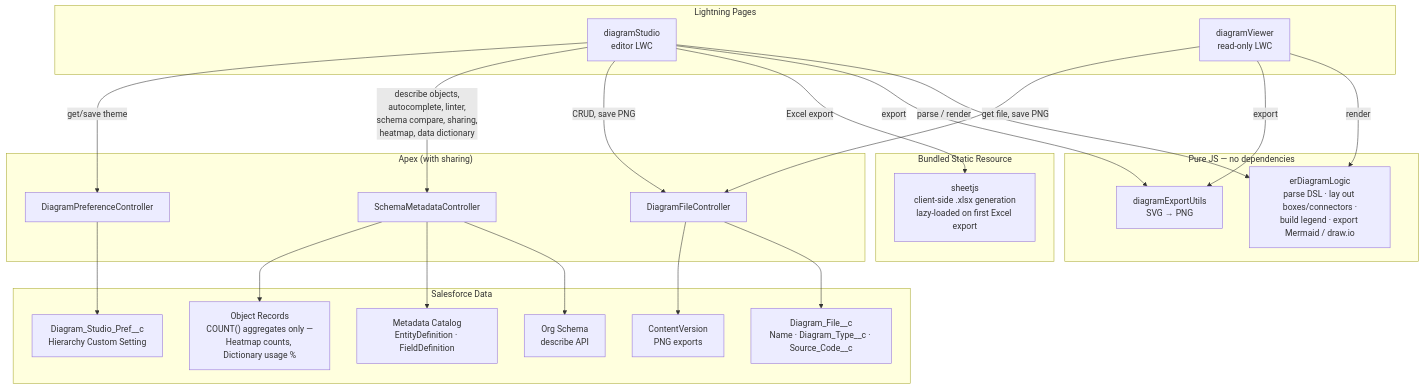
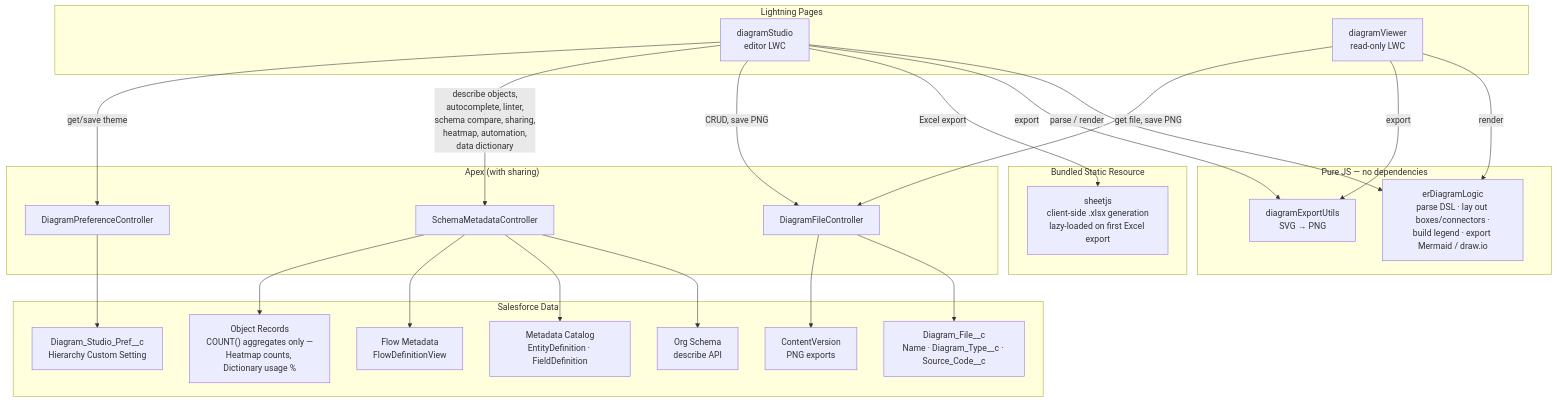
Before and after one commit to vikascohen/Salesforce-ER-Modeller-Studio: the diagram in README.md, drawn with Mermaid. The commit also changed other lines of this file and 5 other files, not shown here.

First line of the commit message:
Add Automation view: badge each object with its active Flow count

````diff
--- a/README.md
+++ b/README.md
@@ -199,49 +211,51 @@
 ```mermaid
 graph TD
     subgraph UI["Lightning Pages"]
         DS["diagramStudio<br/>editor LWC"]
         DV["diagramViewer<br/>read-only LWC"]
     end
 
     subgraph Logic["Pure JS — no dependencies"]
         ERL["erDiagramLogic<br/>parse DSL · lay out boxes/connectors ·<br/>build legend · export Mermaid / draw.io"]
         EXP["diagramExportUtils<br/>SVG → PNG"]
     end
 
     subgraph ThirdParty["Bundled Static Resource"]
         XLSX["sheetjs<br/>client-side .xlsx generation<br/>lazy-loaded on first Excel export"]
     end
 
     subgraph Apex["Apex (with sharing)"]
         DFC["DiagramFileController"]
         SMC["SchemaMetadataController"]
         DPC["DiagramPreferenceController"]
     end
 
     subgraph Data["Salesforce Data"]
         OBJ["Diagram_File__c<br/>Name · Diagram_Type__c · Source_Code__c"]
         FILES["ContentVersion<br/>PNG exports"]
         SCHEMA["Org Schema<br/>describe API"]
         CATALOG["Metadata Catalog<br/>EntityDefinition · FieldDefinition"]
+        FLOWS["Flow Metadata<br/>FlowDefinitionView"]
         RECORDS["Object Records<br/>COUNT() aggregates only —<br/>Heatmap counts, Dictionary usage %"]
         PREF["Diagram_Studio_Pref__c<br/>Hierarchy Custom Setting"]
     end
 
     DS -- "parse / render" --> ERL
     DS -- "export" --> EXP
     DS -- "Excel export" --> XLSX
     DS -- "CRUD, save PNG" --> DFC
-    DS -- "describe objects,<br/>autocomplete, linter,<br/>schema compare, sharing,<br/>heatmap, data dictionary" --> SMC
+    DS -- "describe objects,<br/>autocomplete, linter,<br/>schema compare, sharing,<br/>heatmap, automation,<br/>data dictionary" --> SMC
     DS -- "get/save theme" --> DPC
 
     DV -- "render" --> ERL
     DV -- "export" --> EXP
     DV -- "get file, save PNG" --> DFC
 
     DFC --> OBJ
     DFC --> FILES
     SMC --> SCHEMA
     SMC --> CATALOG
+    SMC --> FLOWS
     SMC --> RECORDS
     DPC --> PREF
 ```
````
